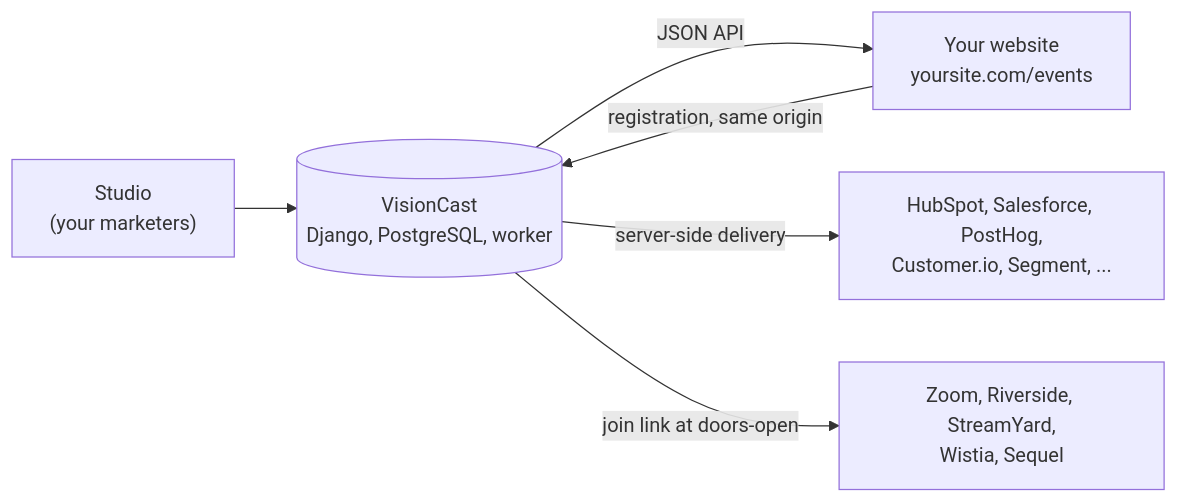
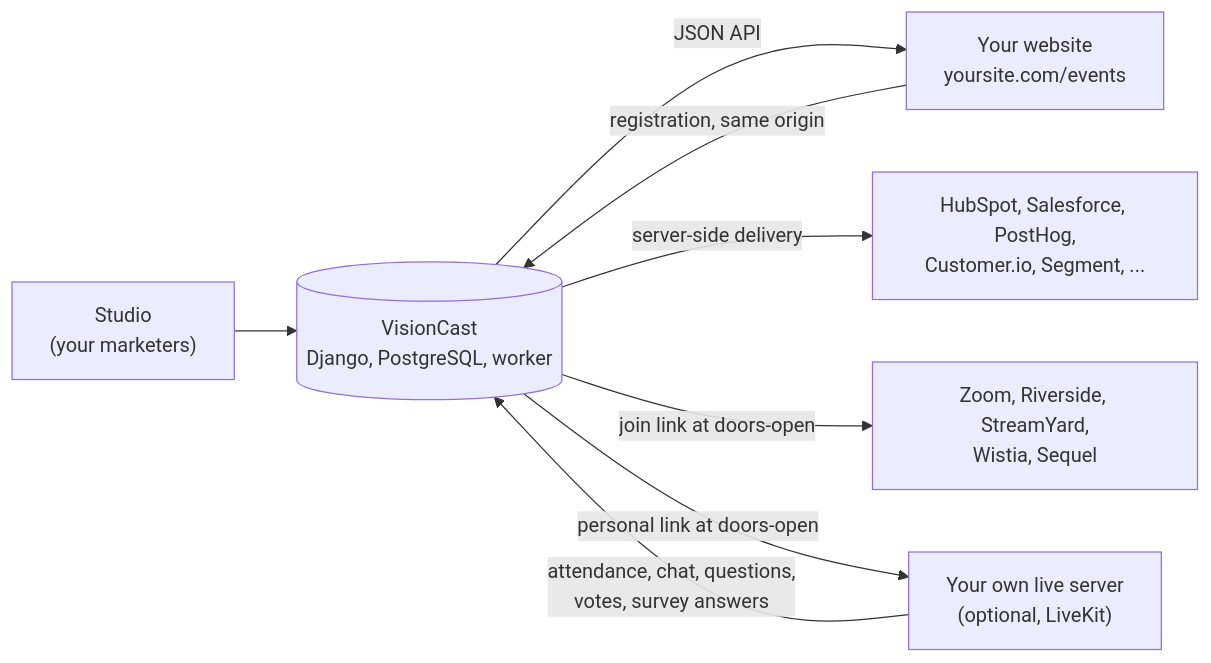
The diagram in README.md (B2B-Saas-Inc/visioncast), drawn with Mermaid before and after one commit. The commit also changed other lines of this file and 138 other files, not shown here.

First line of the commit message:
Add a self-hosted live studio on LiveKit, with branding and one-step install

````diff
--- a/README.md
+++ b/README.md
@@ -57,8 +57,10 @@
 ```mermaid
 flowchart LR
   S["Studio<br/>(your marketers)"] --> V[("VisionCast<br/>Django, PostgreSQL, worker")]
   V -->|"JSON API"| W["Your website<br/>yoursite.com/events"]
   W -->|"registration, same origin"| V
   V -->|"server-side delivery"| D["HubSpot, Salesforce, PostHog,<br/>Customer.io, Segment, ..."]
   V -->|"join link at doors-open"| R["Zoom, Riverside, StreamYard,<br/>Wistia, Sequel"]
+  V -->|"personal link at doors-open"| L["Your own live server<br/>(optional, LiveKit)"]
+  L -->|"attendance, chat, questions,<br/>votes, survey answers"| V
 ```
````
